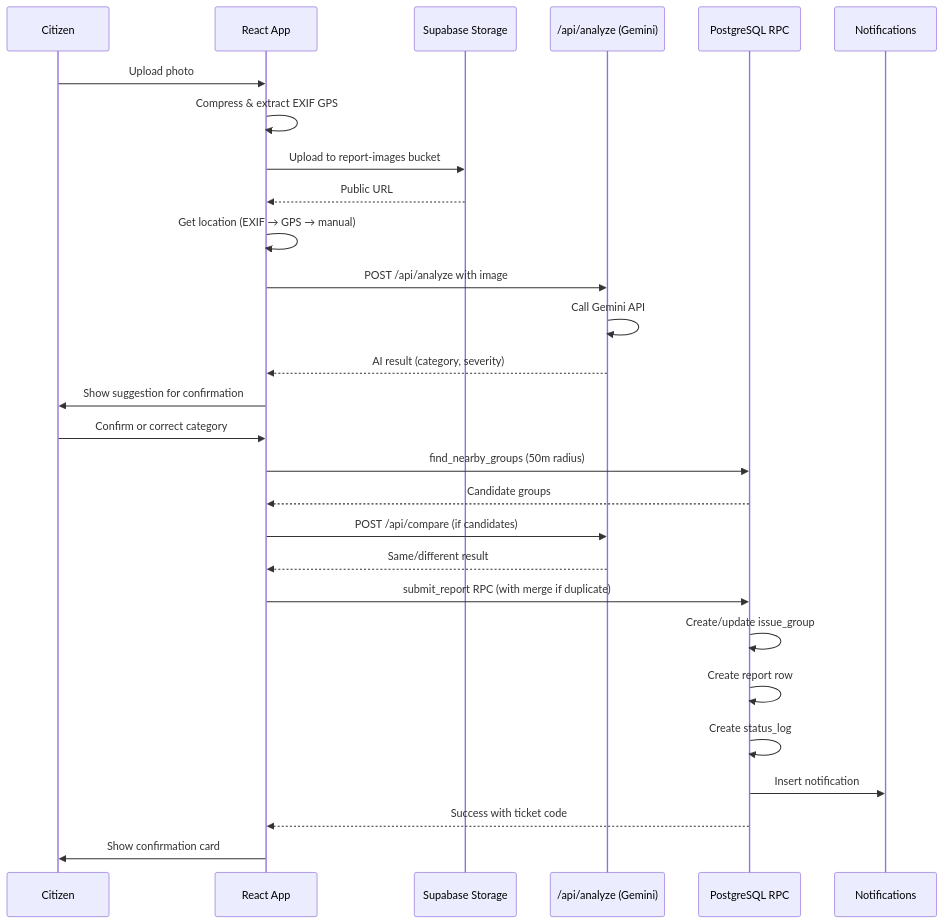
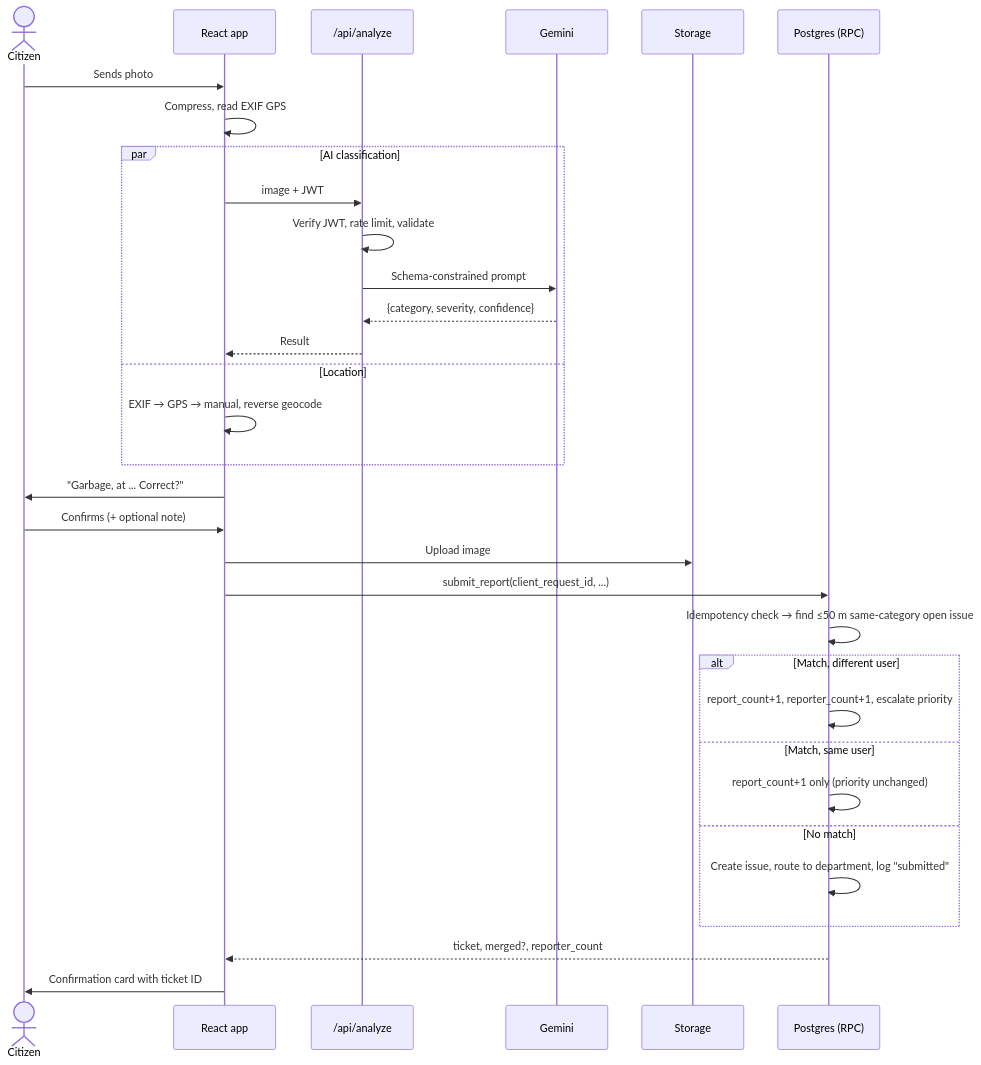
Before and after one commit to dhairyazyzzgit/CivicChat: the second of 3 diagrams in README.md, drawn with Mermaid. The commit also changed other lines of this file, not shown here.

````diff
--- a/README.md
+++ b/README.md
@@ -112,31 +194,35 @@
 ```mermaid
 sequenceDiagram
-    participant C as Citizen
-    participant R as React App
-    participant S as Supabase Storage
-    participant A as /api/analyze (Gemini)
-    participant P as PostgreSQL RPC
-    participant N as Notifications
+    actor C as Citizen
+    participant R as React app
+    participant A as /api/analyze
+    participant G as Gemini
+    participant S as Storage
+    participant D as Postgres (RPC)
 
-    C->>R: Upload photo
-    R->>R: Compress & extract EXIF GPS
-    R->>S: Upload to report-images bucket
-    S-->>R: Public URL
-    R->>R: Get location (EXIF → GPS → manual)
-    R->>A: POST /api/analyze with image
-    A->>A: Call Gemini API
-    A-->>R: AI result (category, severity)
-    R->>C: Show suggestion for confirmation
-    C->>R: Confirm or correct category
-    R->>P: find_nearby_groups (50m radius)
-    P-->>R: Candidate groups
-    R->>A: POST /api/compare (if candidates)
-    A-->>R: Same/different result
-    R->>P: submit_report RPC (with merge if duplicate)
-    P->>P: Create/update issue_group
-    P->>P: Create report row
-    P->>P: Create status_log
-    P->>N: Insert notification
-    P-->>R: Success with ticket code
-    R->>C: Show confirmation card
+    C->>R: Sends photo
+    R->>R: Compress, read EXIF GPS
+    par AI classification
+        R->>A: image + JWT
+        A->>A: Verify JWT, rate limit, validate
+        A->>G: Schema-constrained prompt
+        G-->>A: {category, severity, confidence}
+        A-->>R: Result
+    and Location
+        R->>R: EXIF → GPS → manual, reverse geocode
+    end
+    R->>C: "Garbage, at ... Correct?"
+    C->>R: Confirms (+ optional note)
+    R->>S: Upload image
+    R->>D: submit_report(client_request_id, ...)
+    D->>D: Idempotency check → find ≤50 m same-category open issue
+    alt Match, different user
+        D->>D: report_count+1, reporter_count+1, escalate priority
+    else Match, same user
+        D->>D: report_count+1 only (priority unchanged)
+    else No match
+        D->>D: Create issue, route to department, log "submitted"
+    end
+    D-->>R: ticket, merged?, reporter_count
+    R->>C: Confirmation card with ticket ID
 ```
````
